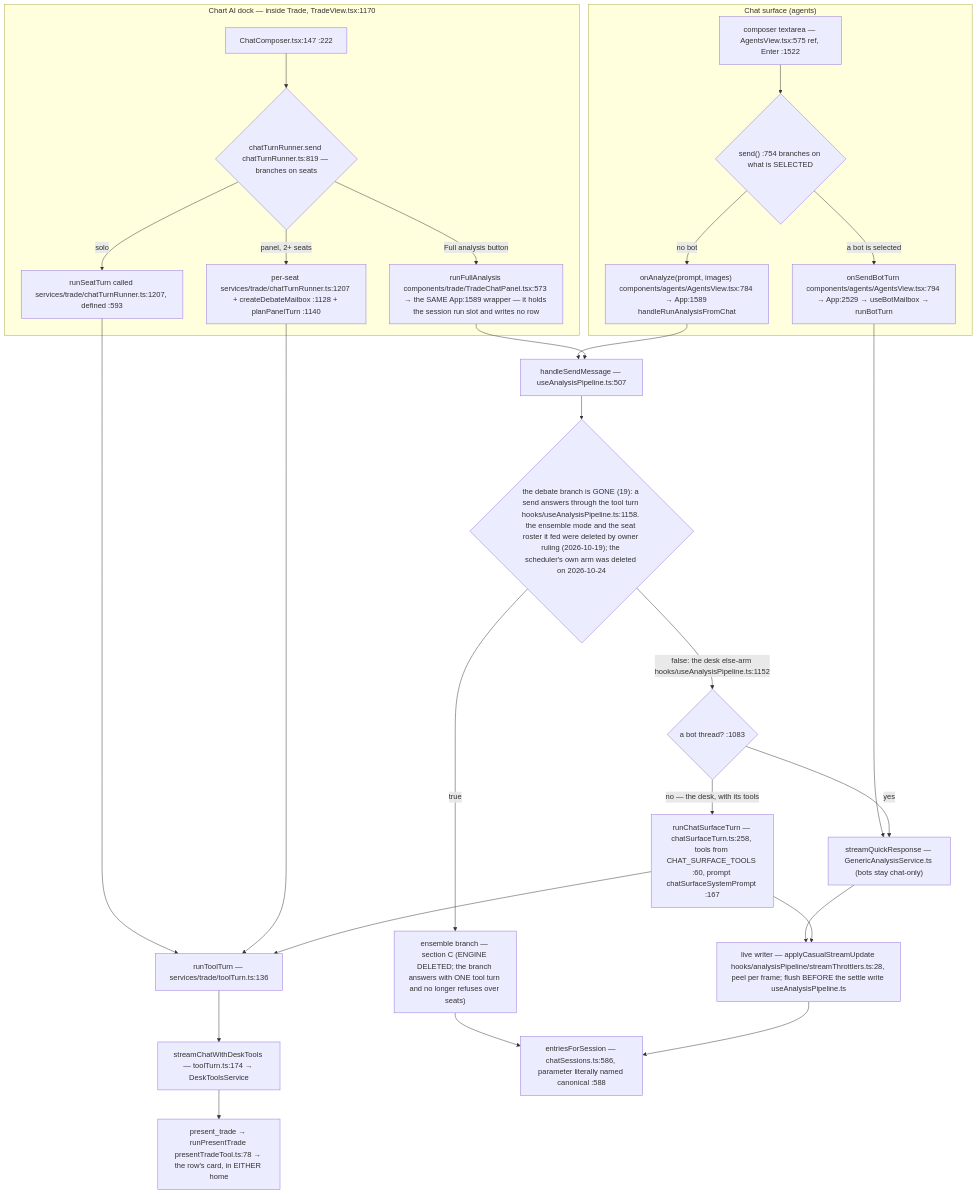
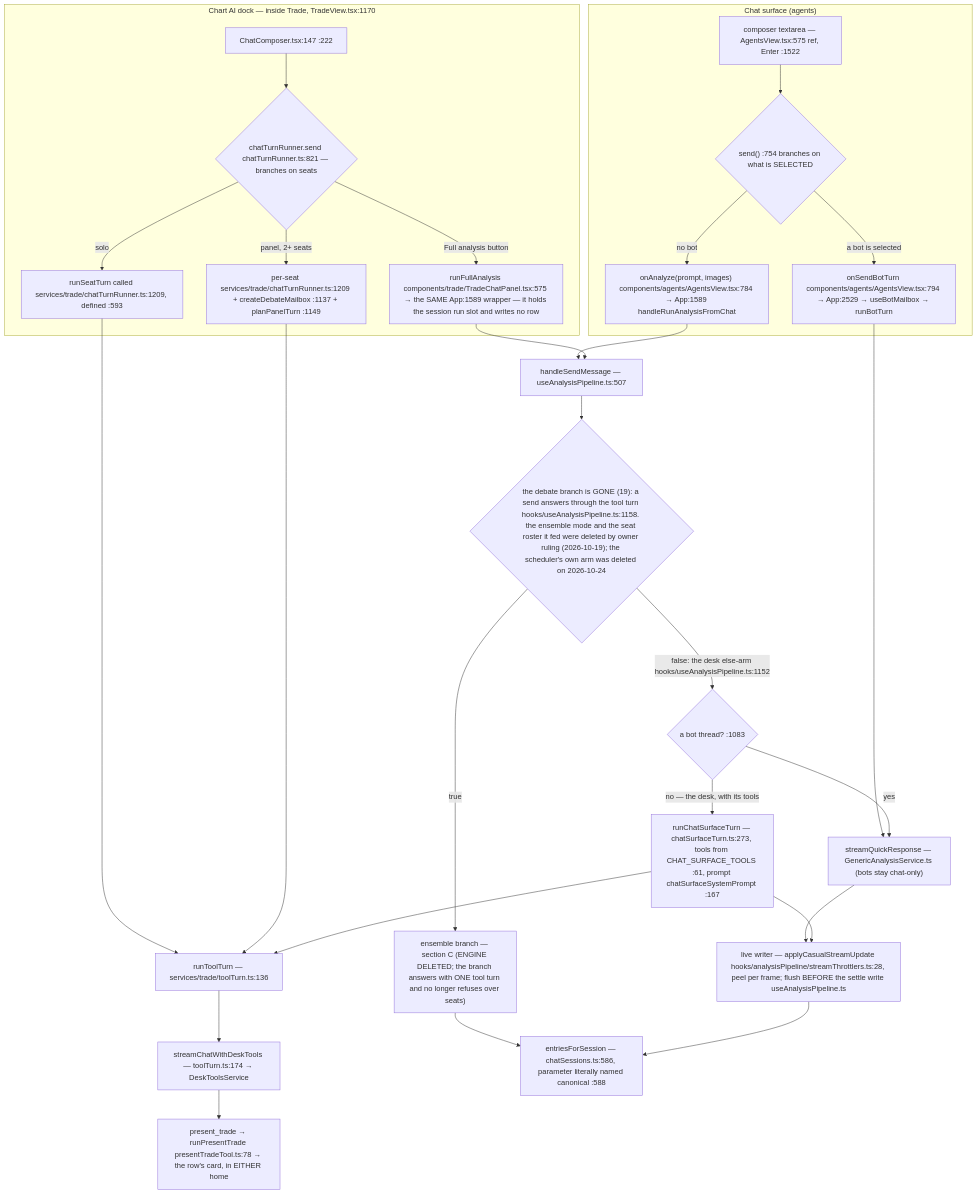
One commit to Acepay25/august-3.5 changed the second of 8 diagrams in docs/app-flow.md. Above: the diagram before and after it, drawn with Mermaid. The commit also changed other lines of this file and 2 other files, not shown here.

First line of the commit message:
docs(flow): re-anchor what the goal and self-mod passes moved, and describe both

````diff
--- a/docs/app-flow.md
+++ b/docs/app-flow.md
@@ -78,31 +78,31 @@
 ```mermaid
 flowchart TD
     subgraph CHAT["Chat surface (agents)"]
         CB["composer textarea — AgentsView.tsx:575 ref, Enter :1522"] --> D1{"send() :754 branches on what is SELECTED"}
         D1 -->|a bot is selected| BOT["onSendBotTurn components/agents/AgentsView.tsx:794 → App:2529 → useBotMailbox → runBotTurn"]
         D1 -->|no bot| AN["onAnalyze(prompt, images) components/agents/AgentsView.tsx:784 → App:1589 handleRunAnalysisFromChat"]
     end
     subgraph DOCK["Chart AI dock — inside Trade, TradeView.tsx:1170"]
-        DC["ChatComposer.tsx:147 :222"] --> D2{"chatTurnRunner.send chatTurnRunner.ts:819 — branches on seats"}
-        D2 -->|solo| SO["runSeatTurn called services/trade/chatTurnRunner.ts:1207, defined :593"]
-        D2 -->|panel, 2+ seats| PN["per-seat services/trade/chatTurnRunner.ts:1207 + createDebateMailbox :1128 + planPanelTurn :1140"]
-        D2 -->|Full analysis button| FA["runFullAnalysis components/trade/TradeChatPanel.tsx:573 → the SAME App:1589 wrapper — it holds the session run slot and writes no row"]
+        DC["ChatComposer.tsx:147 :222"] --> D2{"chatTurnRunner.send chatTurnRunner.ts:821 — branches on seats"}
+        D2 -->|solo| SO["runSeatTurn called services/trade/chatTurnRunner.ts:1209, defined :593"]
+        D2 -->|panel, 2+ seats| PN["per-seat services/trade/chatTurnRunner.ts:1209 + createDebateMailbox :1137 + planPanelTurn :1149"]
+        D2 -->|Full analysis button| FA["runFullAnalysis components/trade/TradeChatPanel.tsx:575 → the SAME App:1589 wrapper — it holds the session run slot and writes no row"]
     end
     SO --> TT["runToolTurn — services/trade/toolTurn.ts:136"]
     PN --> TT
     TT --> SCDT["streamChatWithDeskTools — toolTurn.ts:174 → DeskToolsService"]
     BOT --> TR["streamQuickResponse — GenericAnalysisService.ts (bots stay chat-only)"]
     AN --> HSM["handleSendMessage — useAnalysisPipeline.ts:507"]
     FA --> HSM
     HSM --> D3{"the debate branch is GONE (19): a send answers through the tool turn hooks/useAnalysisPipeline.ts:1158. the ensemble mode and the seat roster it fed were deleted by owner ruling (2026-10-19); the scheduler's own arm was deleted on 2026-10-24"}
     D3 -->|true| ENS["ensemble branch — section C (ENGINE DELETED; the branch answers with ONE tool turn and no longer refuses over seats)"]
     D3 -->|false: the desk else-arm hooks/useAnalysisPipeline.ts:1152| SPLIT{"a bot thread? :1083"}
     SPLIT -->|yes| TR
-    SPLIT -->|no — the desk, with its tools| CST["runChatSurfaceTurn — chatSurfaceTurn.ts:258, tools from CHAT_SURFACE_TOOLS :60, prompt chatSurfaceSystemPrompt :167"]
+    SPLIT -->|no — the desk, with its tools| CST["runChatSurfaceTurn — chatSurfaceTurn.ts:273, tools from CHAT_SURFACE_TOOLS :61, prompt chatSurfaceSystemPrompt :167"]
     CST --> TT
     TR --> LW["live writer — applyCasualStreamUpdate hooks/analysisPipeline/streamThrottlers.ts:28, peel per frame; flush BEFORE the settle write useAnalysisPipeline.ts"]
     CST --> LW
     ENS --> MERGE
     LW --> MERGE["entriesForSession — chatSessions.ts:586, parameter literally named canonical :588"]
     SCDT --> PT["present_trade → runPresentTrade presentTradeTool.ts:78 → the row's card, in EITHER home"]
 ```
````
